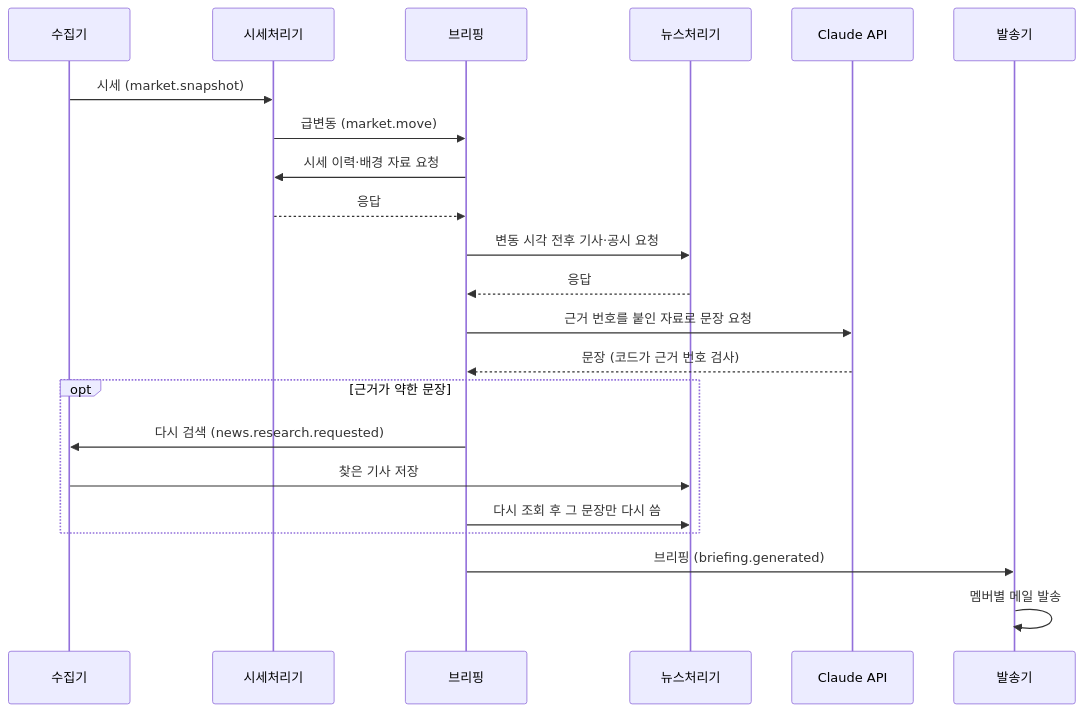
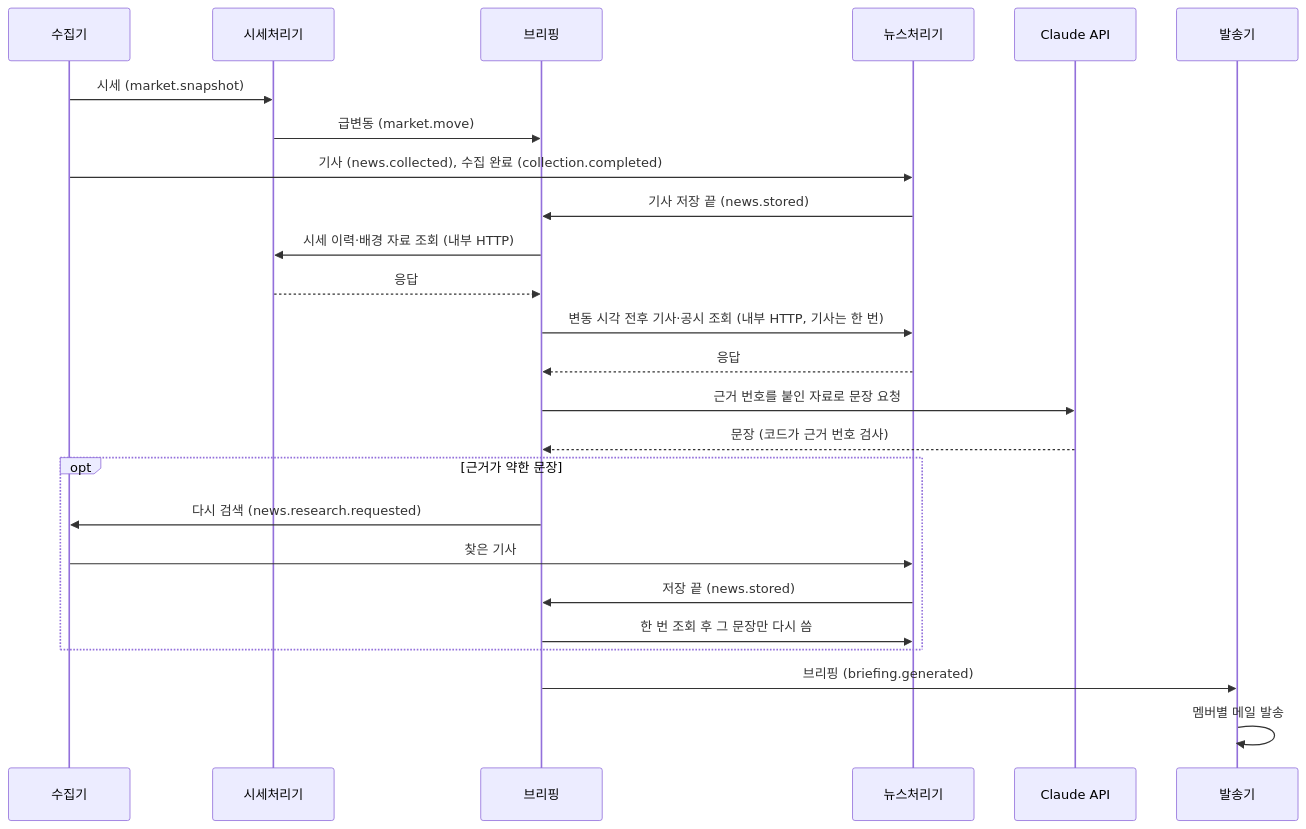
Before and after one commit to yc0191/stock-reading: the diagram in README.md, drawn with Mermaid. The commit also changed other lines of this file and 133 other files, not shown here.

````diff
--- a/README.md
+++ b/README.md
@@ -38,24 +38,27 @@
 ```mermaid
 sequenceDiagram
     participant C as 수집기
     participant M as 시세처리기
     participant B as 브리핑
     participant N as 뉴스처리기
     participant L as Claude API
     participant S as 발송기
     C->>M: 시세 (market.snapshot)
     M->>B: 급변동 (market.move)
-    B->>M: 시세 이력·배경 자료 요청
+    C->>N: 기사 (news.collected), 수집 완료 (collection.completed)
+    N->>B: 기사 저장 끝 (news.stored)
+    B->>M: 시세 이력·배경 자료 조회 (내부 HTTP)
     M-->>B: 응답
-    B->>N: 변동 시각 전후 기사·공시 요청
+    B->>N: 변동 시각 전후 기사·공시 조회 (내부 HTTP, 기사는 한 번)
     N-->>B: 응답
     B->>L: 근거 번호를 붙인 자료로 문장 요청
     L-->>B: 문장 (코드가 근거 번호 검사)
     opt 근거가 약한 문장
         B->>C: 다시 검색 (news.research.requested)
-        C->>N: 찾은 기사 저장
-        B->>N: 다시 조회 후 그 문장만 다시 씀
+        C->>N: 찾은 기사
+        N->>B: 저장 끝 (news.stored)
+        B->>N: 한 번 조회 후 그 문장만 다시 씀
     end
     B->>S: 브리핑 (briefing.generated)
     S->>S: 멤버별 메일 발송
 ```
````
